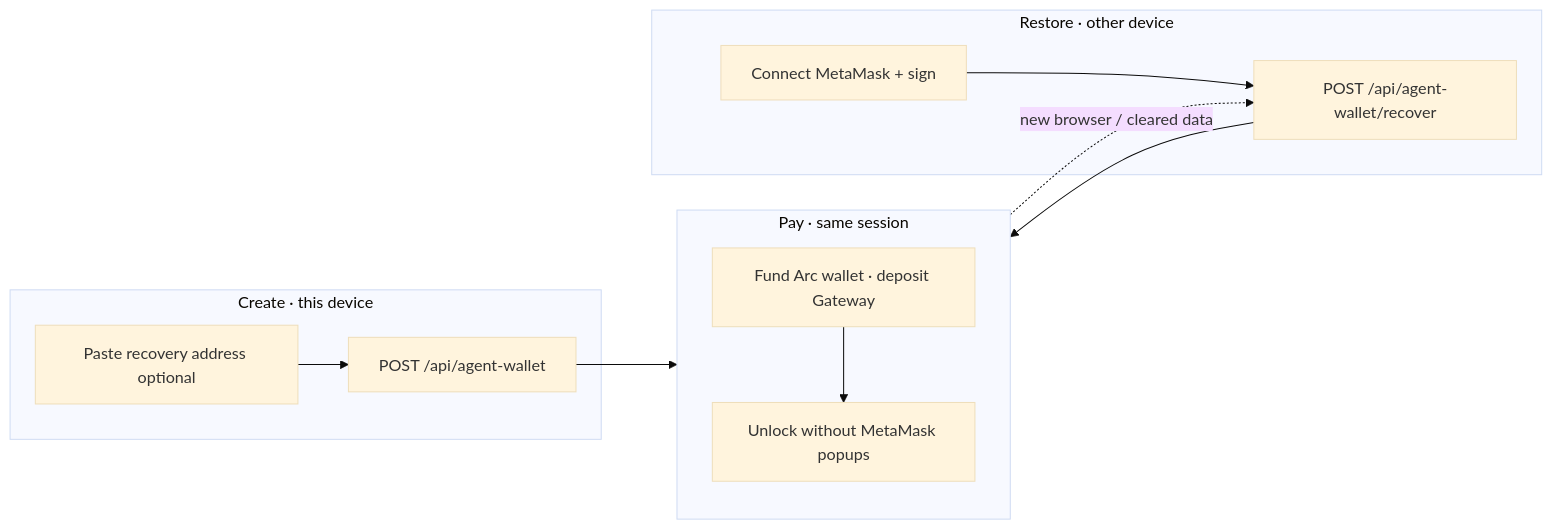
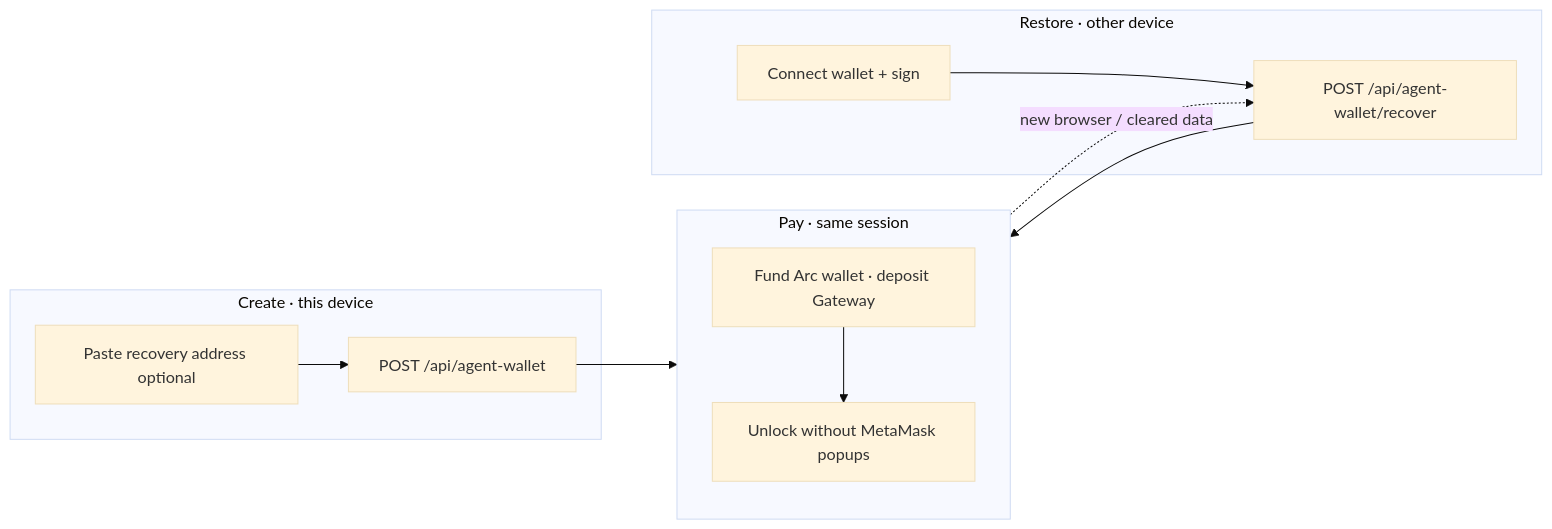
Before and after one commit to rudazy/citation-agent: the third of 5 diagrams in README.md, drawn with Mermaid (base theme). The commit also changed other lines of this file and 28 other files, not shown here.

Commit message:
WalletConnect for mobile

````diff
--- a/README.md
+++ b/README.md
@@ -114,24 +114,24 @@
 ```mermaid
 flowchart LR
   subgraph Create["Create · this device"]
     C1["Paste recovery address optional"]
     C2["POST /api/agent-wallet"]
     C1 --> C2
   end
 
   subgraph Use["Pay · same session"]
     U1["Fund Arc wallet · deposit Gateway"]
     U2["Unlock without MetaMask popups"]
     U1 --> U2
   end
 
   subgraph Restore["Restore · other device"]
-    R1["Connect MetaMask + sign"]
+    R1["Connect wallet + sign"]
     R2["POST /api/agent-wallet/recover"]
     R1 --> R2
   end
 
   C2 --> Use
   Use -.->|new browser / cleared data| R2
   R2 --> Use
 ```
````
